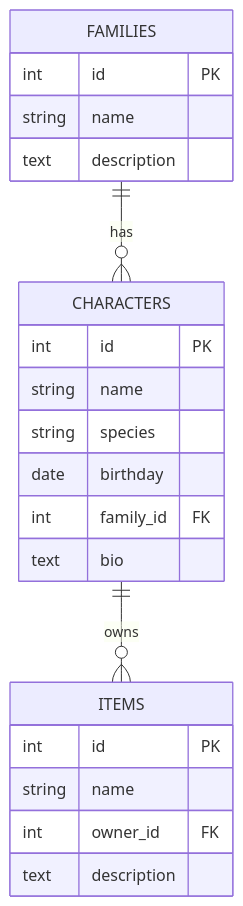
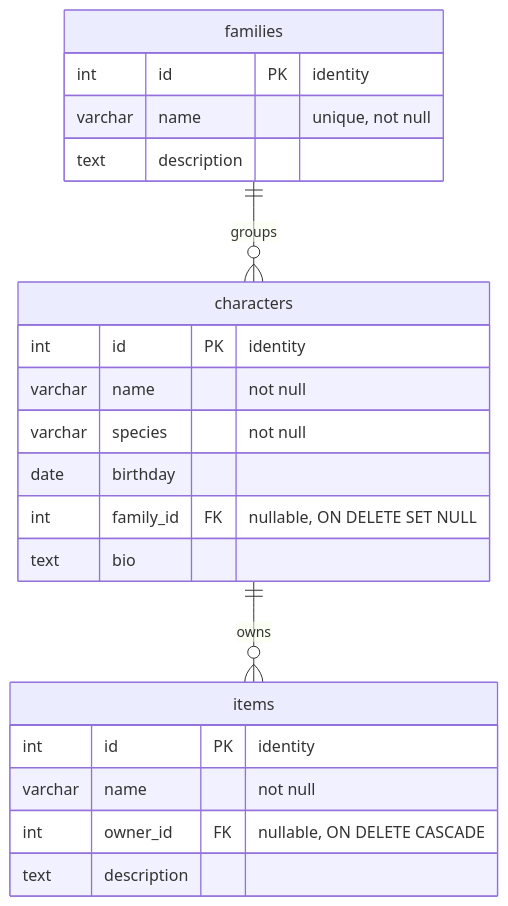
The diagram in hello-kitty-universe-database/erd/hello_kitty_erd.md (cbrooksking/HelloKitty), drawn with Mermaid before and after one commit. The commit also changed other lines of this file, not shown here.

Commit message:
Revise Hello Kitty ERD with updated relationships
Updated the Hello Kitty ERD to reflect changes in entity relationships and attributes, including nullable fields and constraints.

````diff
--- a/hello-kitty-universe-database/erd/hello_kitty_erd.md
+++ b/hello-kitty-universe-database/erd/hello_kitty_erd.md
@@ -5,25 +3,27 @@
 ```mermaid
 erDiagram
-    FAMILIES ||--o{ CHARACTERS : has
-    CHARACTERS ||--o{ ITEMS : owns
+    families ||--o{ characters : "groups"
+    characters ||--o{ items : "owns"
 
-    FAMILIES {
-      int id PK
-      string name
-      text description
+    families {
+        int      id          PK "identity"
+        varchar  name        "unique, not null"
+        text     description
     }
-    CHARACTERS {
-      int id PK
-      string name
-      string species
-      date birthday
-      int family_id FK
-      text bio
+
+    characters {
+        int      id          PK "identity"
+        varchar  name        "not null"
+        varchar  species     "not null"
+        date     birthday
+        int      family_id   FK "nullable, ON DELETE SET NULL"
+        text     bio
     }
-    ITEMS {
-      int id PK
-      string name
-      int owner_id FK
-      text description
+
+    items {
+        int      id          PK "identity"
+        varchar  name        "not null"
+        int      owner_id    FK "nullable, ON DELETE CASCADE"
+        text     description
     }
 ```
````
